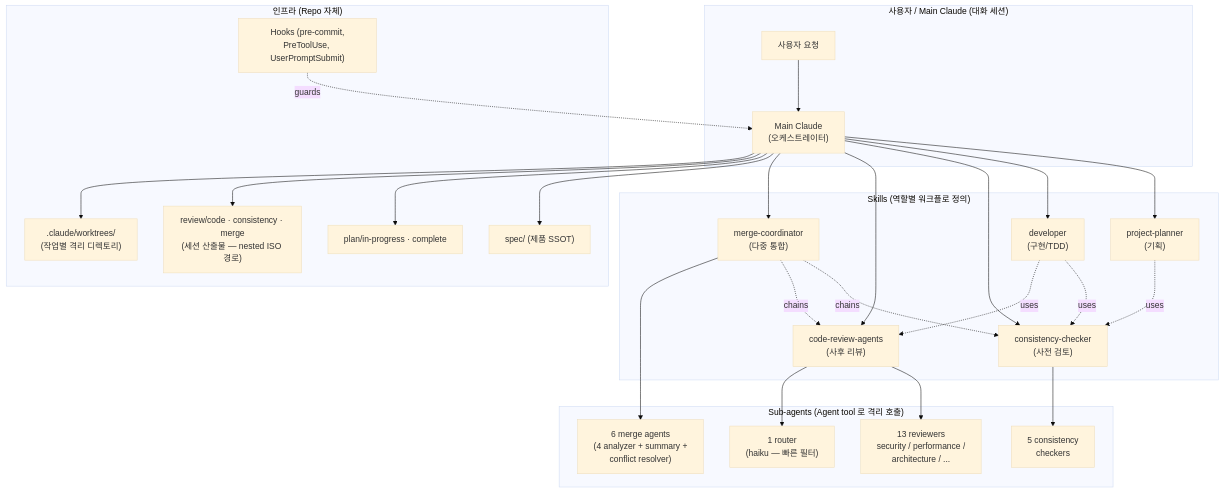
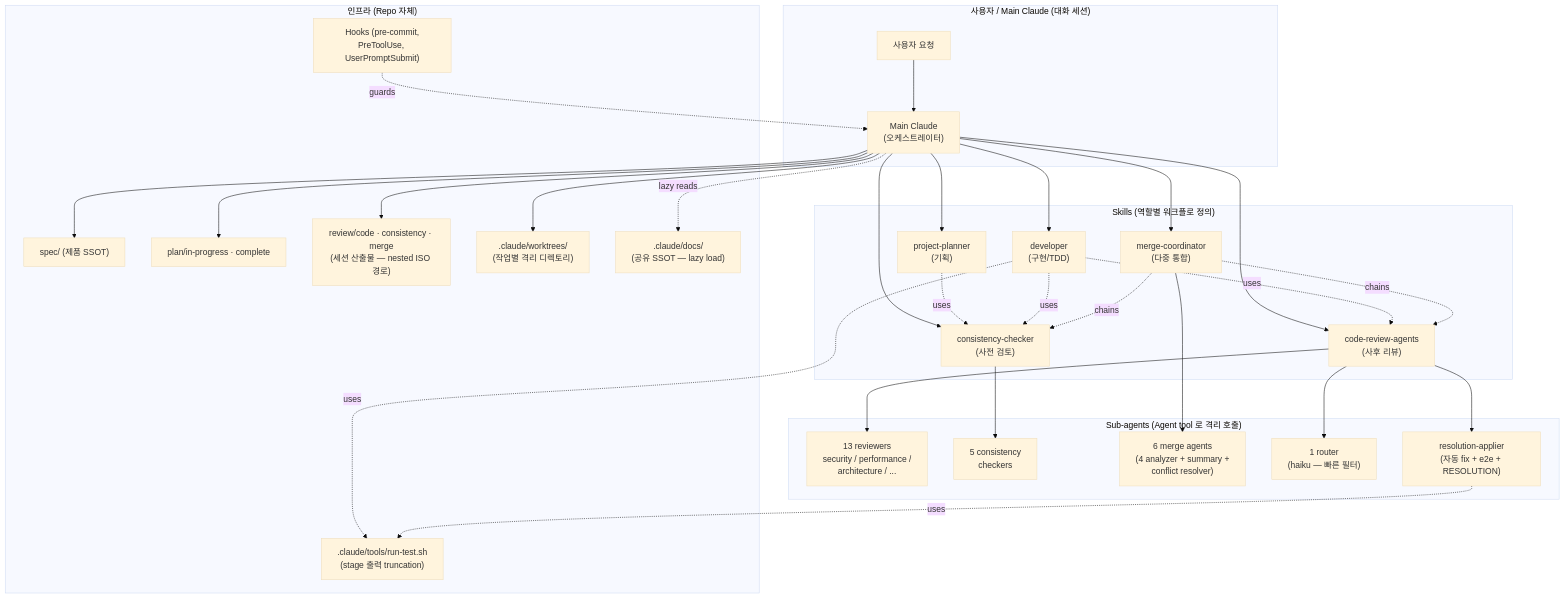
Before and after one commit to worker-ants/claude-code-harness: the first of 8 diagrams in OVERVIEW.md, drawn with Mermaid (base theme). The commit also changed other lines of this file and 45 other files, not shown here.

````diff
--- a/OVERVIEW.md
+++ b/OVERVIEW.md
@@ -20,42 +21,47 @@
 ```mermaid
 flowchart TB
     subgraph User["사용자 / Main Claude (대화 세션)"]
         U["사용자 요청"]
         M["Main Claude<br/>(오케스트레이터)"]
     end
 
     subgraph Skills["Skills (역할별 워크플로 정의)"]
         S1["project-planner<br/>(기획)"]
         S2["developer<br/>(구현/TDD)"]
         S3["consistency-checker<br/>(사전 검토)"]
         S4["code-review-agents<br/>(사후 리뷰)"]
         S5["merge-coordinator<br/>(다중 통합)"]
     end
 
     subgraph Agents["Sub-agents (Agent tool 로 격리 호출)"]
         A1["13 reviewers<br/>security / performance /<br/>architecture / ..."]
         A2["5 consistency<br/>checkers"]
         A3["6 merge agents<br/>(4 analyzer + summary +<br/>conflict resolver)"]
         A4["1 router<br/>(haiku — 빠른 필터)"]
+        A5["resolution-applier<br/>(자동 fix + e2e + RESOLUTION)"]
     end
 
     subgraph Infra["인프라 (Repo 자체)"]
         I1["spec/ (제품 SSOT)"]
         I2["plan/in-progress · complete"]
         I3["review/code · consistency · merge<br/>(세션 산출물 — nested ISO 경로)"]
         I4[".claude/worktrees/<br/>(작업별 격리 디렉토리)"]
         I5["Hooks (pre-commit,<br/>PreToolUse, UserPromptSubmit)"]
+        I6[".claude/docs/<br/>(공유 SSOT — lazy load)"]
+        I7[".claude/tools/run-test.sh<br/>(stage 출력 truncation)"]
     end
 
     U --> M
     M --> S1 & S2 & S3 & S4 & S5
     S1 -.uses.-> S3
     S2 -.uses.-> S3
     S2 -.uses.-> S4
     S5 -.chains.-> S3 & S4
     S3 --> A2
-    S4 --> A1 & A4
+    S4 --> A1 & A4 & A5
     S5 --> A3
     M --> I1 & I2 & I3 & I4
     I5 -.guards.-> M
+    M -.lazy reads.-> I6
+    S2 & A5 -.uses.-> I7
 ```
````
